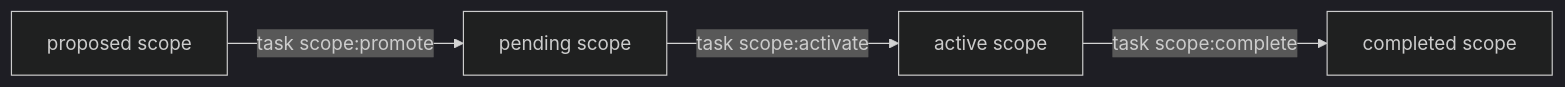
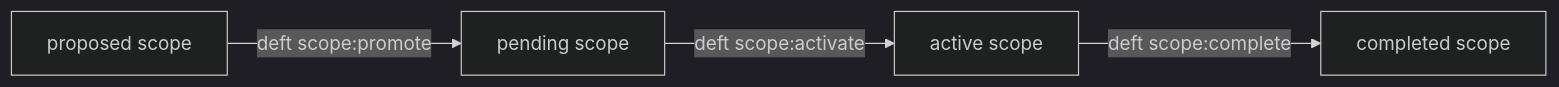
The first of 5 diagrams in content/commands.md (deftai/directive), drawn with Mermaid (dark theme) before and after one commit. The commit also changed other lines of this file and 6 other files, not shown here.

````diff
--- a/content/commands.md
+++ b/content/commands.md
@@ -15,6 +15,6 @@
 ```mermaid
 flowchart LR
-    Proposed["proposed scope"] -->|"task scope:promote"| Pending["pending scope"]
-    Pending -->|"task scope:activate"| Active["active scope"]
-    Active -->|"task scope:complete"| Completed["completed scope"]
+    Proposed["proposed scope"] -->|"deft scope:promote"| Pending["pending scope"]
+    Pending -->|"deft scope:activate"| Active["active scope"]
+    Active -->|"deft scope:complete"| Completed["completed scope"]
 ```
````
